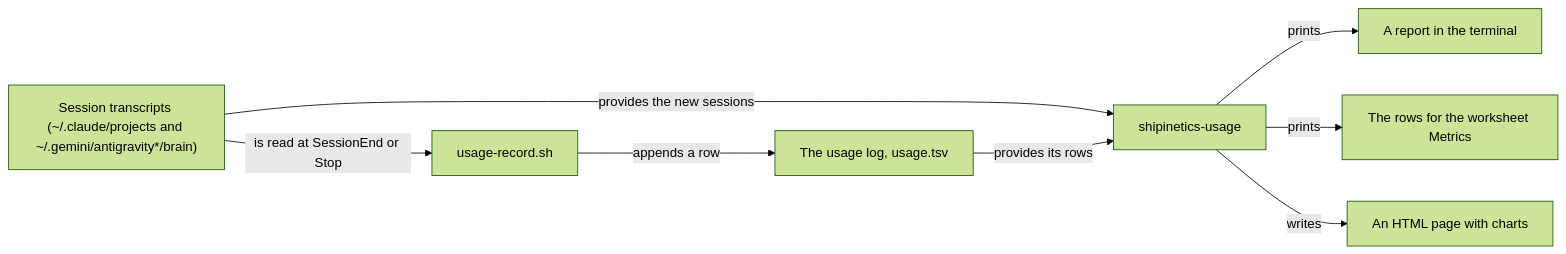
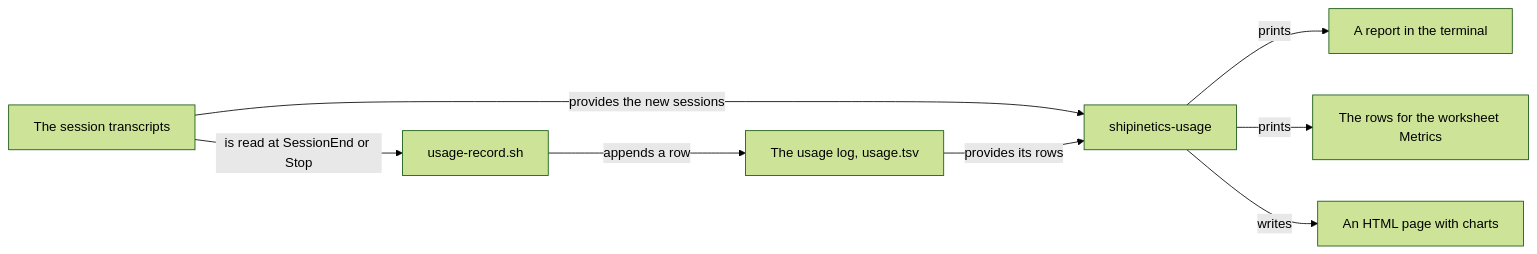
The eighth of 9 diagrams in README.md (DreKwasi/shipinetics), drawn with Mermaid (forest theme) before and after one commit. The commit also changed other lines of this file and 27 other files, not shown here.

````diff
--- a/README.md
+++ b/README.md
@@ -492,10 +684,10 @@
 ```mermaid
 flowchart LR
-  T["Session transcripts (~/.claude/projects and ~/.gemini/antigravity*/brain)"] -->|"is read at SessionEnd or Stop"| H["usage-record.sh"]
+  T["The session transcripts"] -->|"is read at SessionEnd or Stop"| H["usage-record.sh"]
   H -->|"appends a row"| L["The usage log, usage.tsv"]
   T -->|"provides the new sessions"| U["shipinetics-usage"]
   L -->|"provides its rows"| U
   U -->|"prints"| R["A report in the terminal"]
   U -->|"prints"| W["The rows for the worksheet Metrics"]
   U -->|"writes"| P["An HTML page with charts"]
 ```
````
